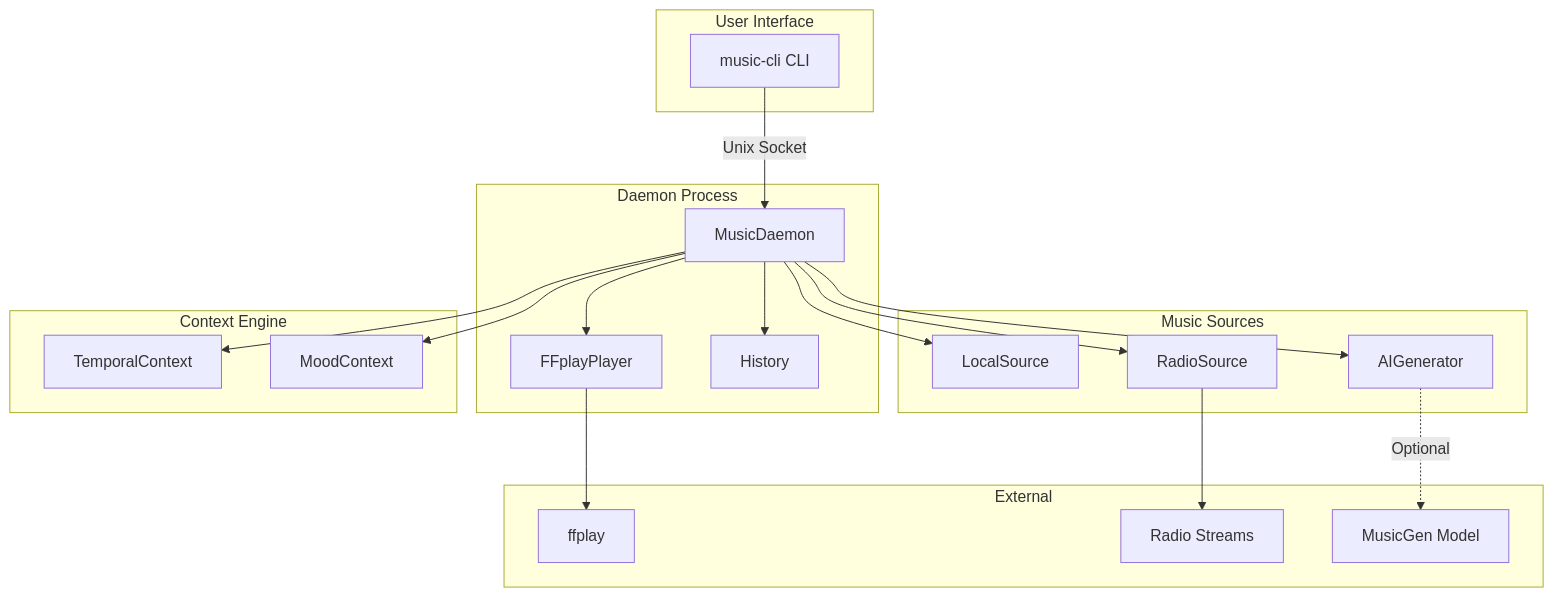
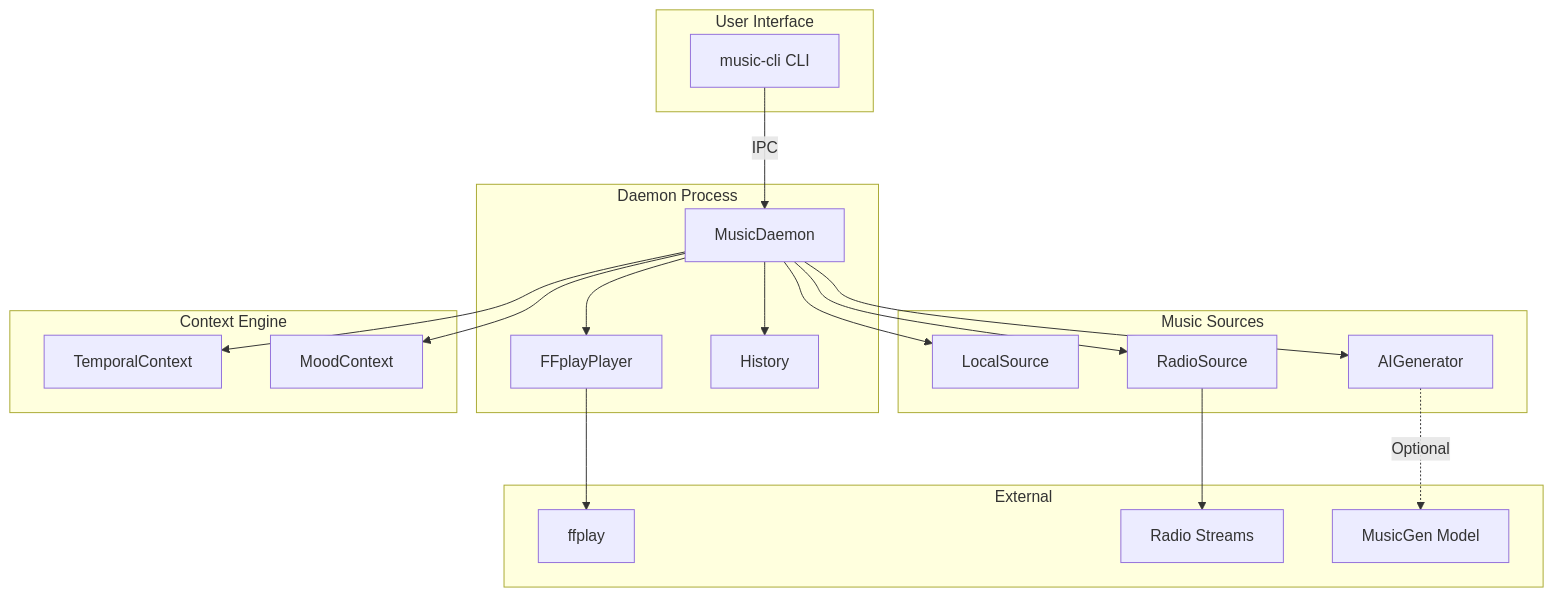
The first of 4 diagrams in docs/architecture.md (luongnv89/music-cli), drawn with Mermaid before and after one commit. The commit also changed other lines of this file and 4 other files, not shown here.

````diff
--- a/docs/architecture.md
+++ b/docs/architecture.md
@@ -7,41 +7,41 @@
 ```mermaid
 graph TB
     subgraph "User Interface"
         CLI[music-cli CLI]
     end
 
     subgraph "Daemon Process"
         D[MusicDaemon]
         P[FFplayPlayer]
         H[History]
     end
 
     subgraph "Music Sources"
         L[LocalSource]
         R[RadioSource]
         AI[AIGenerator]
     end
 
     subgraph "Context Engine"
         T[TemporalContext]
         M[MoodContext]
     end
 
     subgraph "External"
         FF[ffplay]
         RS[Radio Streams]
         MG[MusicGen Model]
     end
 
-    CLI -->|Unix Socket| D
+    CLI -->|IPC| D
     D --> P
     D --> H
     D --> L
     D --> R
     D --> AI
     D --> T
     D --> M
     P --> FF
     R --> RS
     AI -.->|Optional| MG
 ```
````
